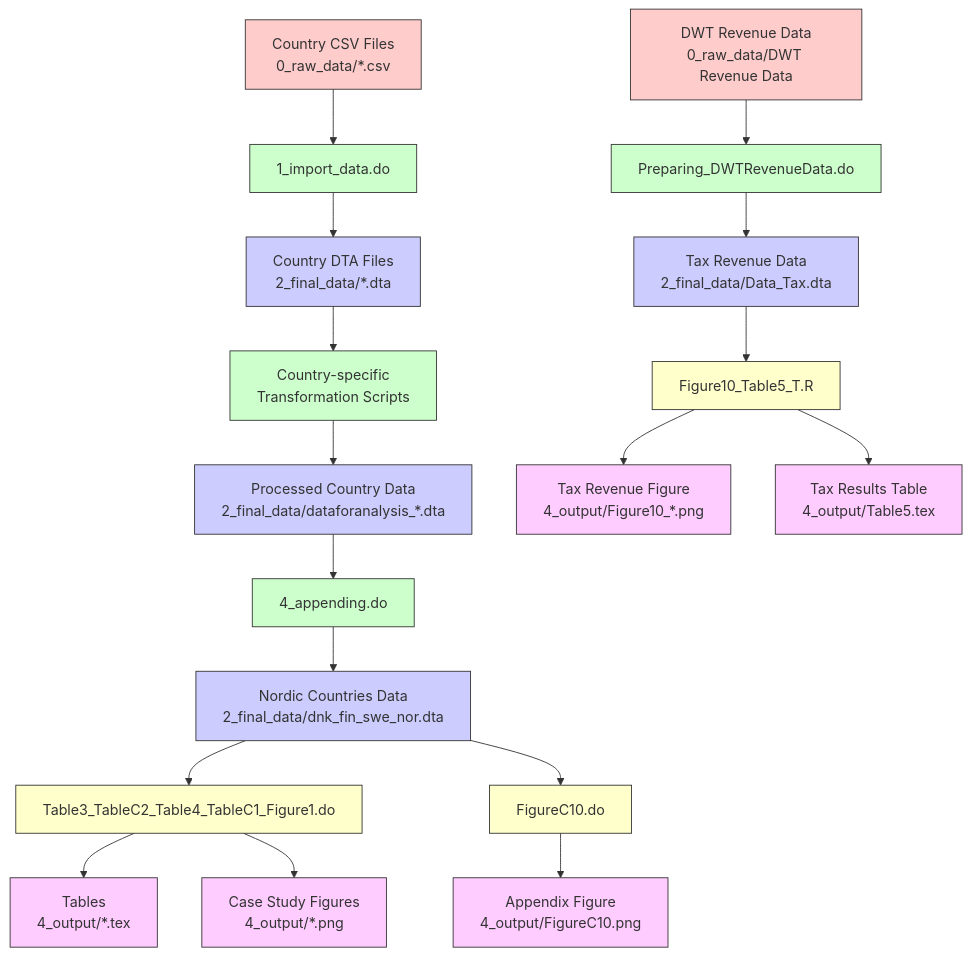
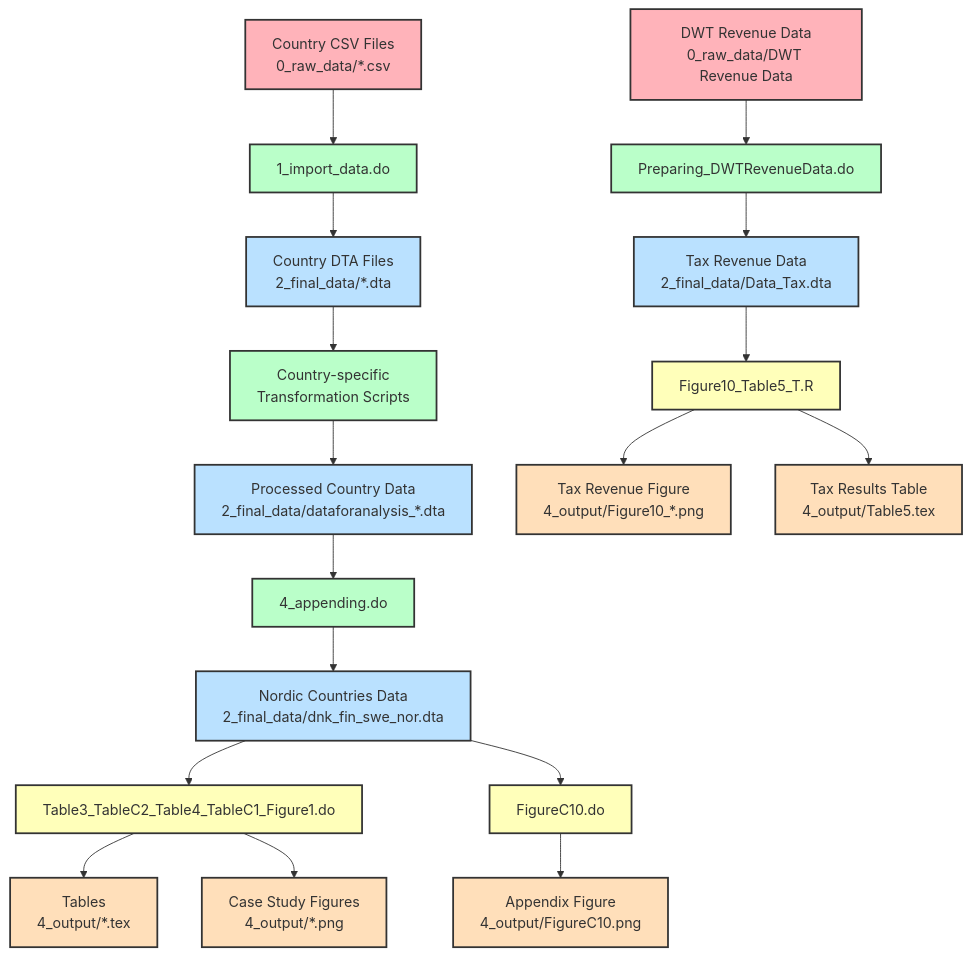
The diagram in DATA_FLOW.md (djmur2/aej-replication), drawn with Mermaid before and after one commit. The commit also changed other lines of this file and 1 other file, not shown here.

Commit message:
Improve data flow diagram colors and update README with package requirements

````diff
--- a/DATA_FLOW.md
+++ b/DATA_FLOW.md
@@ -7,41 +7,41 @@
 ```mermaid
 graph TD
     %% Data sources
     RAW_CSV[Country CSV Files\n0_raw_data/*.csv] --> IMPORT
     DWT_DATA[DWT Revenue Data\n0_raw_data/DWT Revenue Data] --> PREPARE_DWT
     
     %% Data transformation
     IMPORT[1_import_data.do] --> COUNTRY_DTA[Country DTA Files\n2_final_data/*.dta]
     COUNTRY_DTA --> FRAG_SCRIPTS[Country-specific\nTransformation Scripts]
     FRAG_SCRIPTS --> PROCESSED_DTA[Processed Country Data\n2_final_data/dataforanalysis_*.dta]
     PROCESSED_DTA --> APPEND[4_appending.do]
     APPEND --> NORDIC_DTA[Nordic Countries Data\n2_final_data/dnk_fin_swe_nor.dta]
     
     %% Tax data
     PREPARE_DWT[Preparing_DWTRevenueData.do] --> TAX_DTA[Tax Revenue Data\n2_final_data/Data_Tax.dta]
     
     %% Analysis
     NORDIC_DTA --> TABLE3[Table3_TableC2_Table4_TableC1_Figure1.do]
     TAX_DTA --> FIGURE10[Figure10_Table5_T.R]
     NORDIC_DTA --> FIGUREC10[FigureC10.do]
     
     %% Outputs
     TABLE3 --> TABLES_TEX[Tables\n4_output/*.tex]
     TABLE3 --> CASE_FIGURES[Case Study Figures\n4_output/*.png]
     FIGURE10 --> TAX_FIGURE[Tax Revenue Figure\n4_output/Figure10_*.png]
     FIGURE10 --> TAX_TABLE[Tax Results Table\n4_output/Table5.tex]
     FIGUREC10 --> APPENDIX_FIGURE[Appendix Figure\n4_output/FigureC10.png]
     
-    %% Style definitions
-    classDef input fill:#ffcccc,stroke:#333,stroke-width:1px;
-    classDef transformation fill:#ccffcc,stroke:#333,stroke-width:1px;
-    classDef intermediate fill:#ccccff,stroke:#333,stroke-width:1px;
-    classDef analysis fill:#ffffcc,stroke:#333,stroke-width:1px;
-    classDef output fill:#ffccff,stroke:#333,stroke-width:1px;
+    %% Style definitions with better colors
+    classDef input fill:#ffb3ba,stroke:#333,stroke-width:2px;
+    classDef transformation fill:#baffc9,stroke:#333,stroke-width:2px;
+    classDef intermediate fill:#bae1ff,stroke:#333,stroke-width:2px;
+    classDef analysis fill:#ffffba,stroke:#333,stroke-width:2px;
+    classDef output fill:#ffdfba,stroke:#333,stroke-width:2px;
     
     class RAW_CSV,DWT_DATA input;
     class IMPORT,FRAG_SCRIPTS,APPEND,PREPARE_DWT transformation;
     class COUNTRY_DTA,PROCESSED_DTA,NORDIC_DTA,TAX_DTA intermediate;
     class TABLE3,FIGURE10,FIGUREC10 analysis;
     class TABLES_TEX,CASE_FIGURES,TAX_FIGURE,TAX_TABLE,APPENDIX_FIGURE output;
 ```
````
